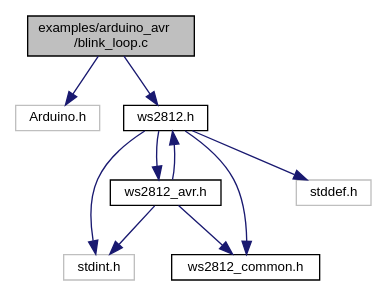
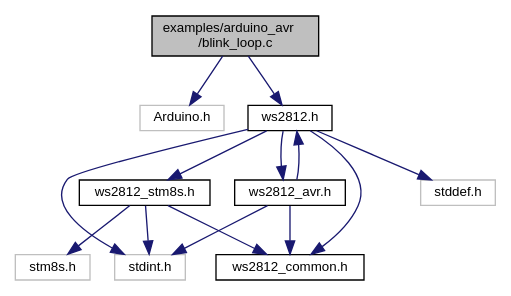
One commit to CTXz/TinyWS2812 changed the diagram in docs/arduino__avr_2blink__loop_8c__incl.dot. Above: the diagram before and after it, drawn with Graphviz. The commit also changed 169 other files, not shown here.

```diff
--- a/docs/arduino__avr_2blink__loop_8c__incl.dot
+++ b/docs/arduino__avr_2blink__loop_8c__incl.dot
@@ -1,22 +1,28 @@
 digraph "examples/arduino_avr/blink_loop.c"
 {
  // LATEX_PDF_SIZE
   edge [fontname="Helvetica",fontsize="10",labelfontname="Helvetica",labelfontsize="10"];
   node [fontname="Helvetica",fontsize="10",shape=record];
   Node1 [label="examples/arduino_avr\l/blink_loop.c",height=0.2,width=0.4,color="black", fillcolor="grey75", style="filled", fontcolor="black",tooltip="Blinks one or more WS2812 devices using a more memory efficient method than the blink_array...."];
   Node1 -> Node2 [color="midnightblue",fontsize="10",style="solid",fontname="Helvetica"];
   Node2 [label="Arduino.h",height=0.2,width=0.4,color="grey75", fillcolor="white", style="filled",tooltip=" "];
   Node1 -> Node3 [color="midnightblue",fontsize="10",style="solid",fontname="Helvetica"];
   Node3 [label="ws2812.h",height=0.2,width=0.4,color="black", fillcolor="white", style="filled",URL="$ws2812_8h.html",tooltip="Exposes the Tiny-WS2812 library interface."];
   Node3 -> Node4 [color="midnightblue",fontsize="10",style="solid",fontname="Helvetica"];
   Node4 [label="ws2812_avr.h",height=0.2,width=0.4,color="black", fillcolor="white", style="filled",URL="$ws2812__avr_8h.html",tooltip="Provides AVR platform specific definitions."];
   Node4 -> Node5 [color="midnightblue",fontsize="10",style="solid",fontname="Helvetica"];
   Node5 [label="stdint.h",height=0.2,width=0.4,color="grey75", fillcolor="white", style="filled",tooltip=" "];
   Node4 -> Node6 [color="midnightblue",fontsize="10",style="solid",fontname="Helvetica"];
   Node6 [label="ws2812_common.h",height=0.2,width=0.4,color="black", fillcolor="white", style="filled",URL="$ws2812__common_8h.html",tooltip="Definitions required by all platform specific headers."];
   Node4 -> Node3 [color="midnightblue",fontsize="10",style="solid",fontname="Helvetica"];
   Node3 -> Node7 [color="midnightblue",fontsize="10",style="solid",fontname="Helvetica"];
-  Node7 [label="stddef.h",height=0.2,width=0.4,color="grey75", fillcolor="white", style="filled",tooltip=" "];
+  Node7 [label="ws2812_stm8s.h",height=0.2,width=0.4,color="black", fillcolor="white", style="filled",URL="$ws2812__stm8s_8h.html",tooltip="Provides STM8S platform specific definitions."];
+  Node7 -> Node8 [color="midnightblue",fontsize="10",style="solid",fontname="Helvetica"];
+  Node8 [label="stm8s.h",height=0.2,width=0.4,color="grey75", fillcolor="white", style="filled",tooltip=" "];
+  Node7 -> Node5 [color="midnightblue",fontsize="10",style="solid",fontname="Helvetica"];
+  Node7 -> Node6 [color="midnightblue",fontsize="10",style="solid",fontname="Helvetica"];
+  Node3 -> Node9 [color="midnightblue",fontsize="10",style="solid",fontname="Helvetica"];
+  Node9 [label="stddef.h",height=0.2,width=0.4,color="grey75", fillcolor="white", style="filled",tooltip=" "];
   Node3 -> Node5 [color="midnightblue",fontsize="10",style="solid",fontname="Helvetica"];
   Node3 -> Node6 [color="midnightblue",fontsize="10",style="solid",fontname="Helvetica"];
 }
```
